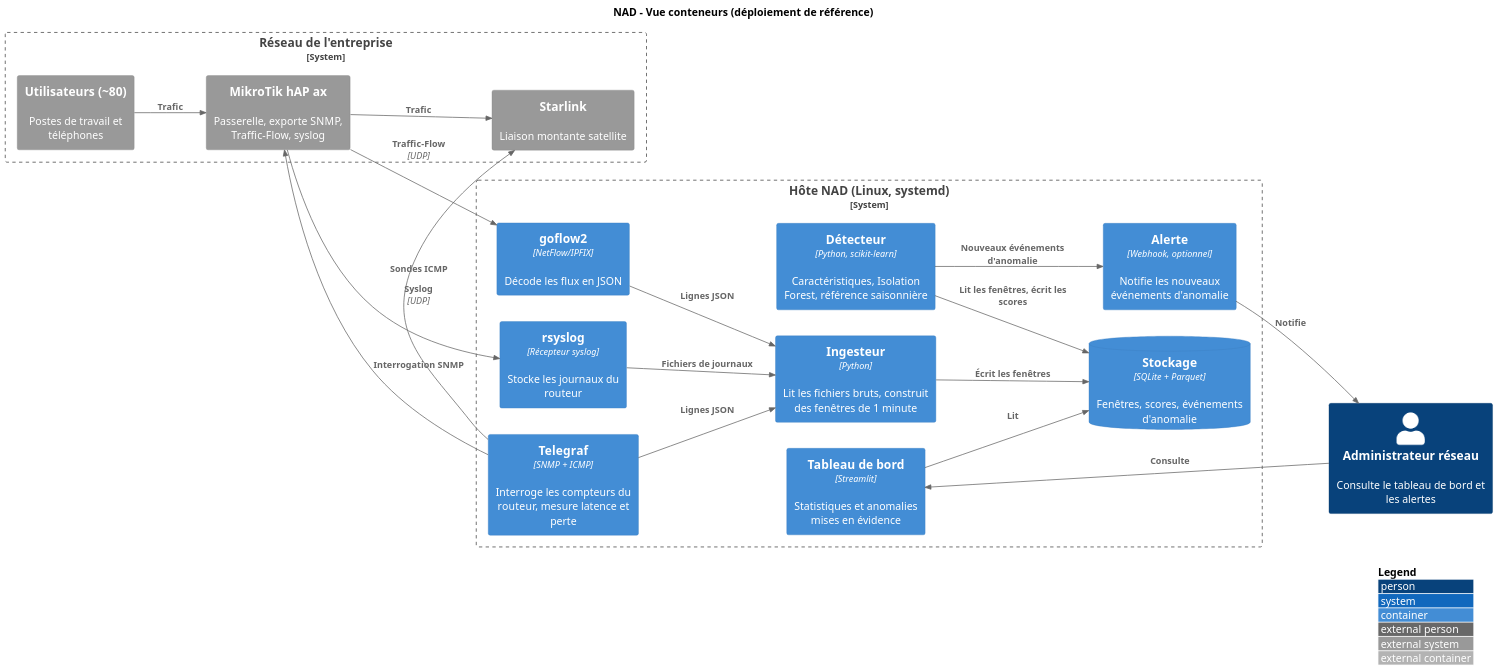
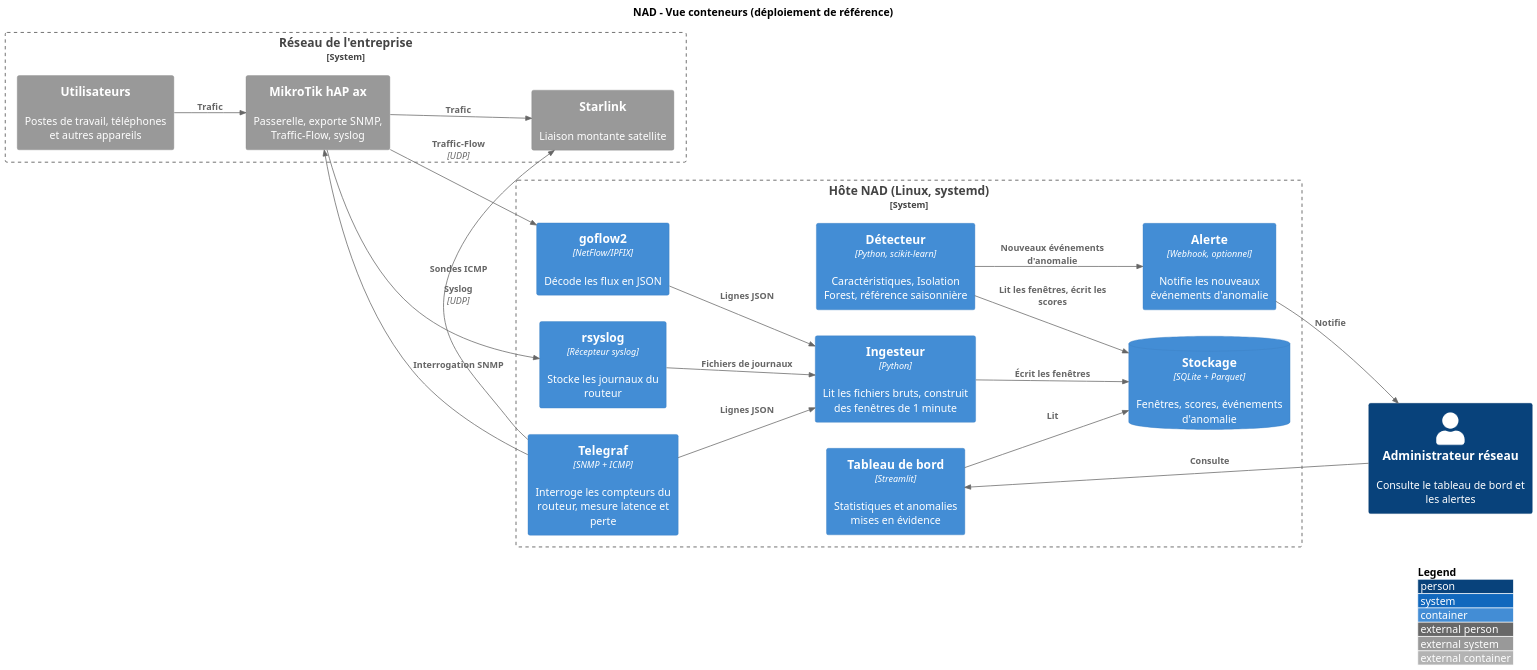
Before and after one commit to RStephanH/NAD: the diagram in docs/diagrams/nad-containers.fr.puml, drawn with PlantUML. The commit also changed 7 other files, not shown here.

```diff
--- a/docs/diagrams/nad-containers.fr.puml
+++ b/docs/diagrams/nad-containers.fr.puml
@@ -1,46 +1,46 @@
 @startuml nad-containers-fr
 !include <C4/C4_Container>
 LAYOUT_LEFT_RIGHT()
 LAYOUT_WITH_LEGEND()
 skinparam dpi 150
 
 title NAD - Vue conteneurs (déploiement de référence)
 
 Person(admin, "Administrateur réseau", "Consulte le tableau de bord et les alertes")
 
 System_Boundary(site, "Réseau de l'entreprise") {
-  System_Ext(users, "Utilisateurs (~80)", "Postes de travail et téléphones")
+  System_Ext(users, "Utilisateurs", "Postes de travail, téléphones et autres appareils")
   System_Ext(gateway, "MikroTik hAP ax", "Passerelle, exporte SNMP, Traffic-Flow, syslog")
   System_Ext(uplink, "Starlink", "Liaison montante satellite")
 }
 
 System_Boundary(nad, "Hôte NAD (Linux, systemd)") {
   Container(telegraf, "Telegraf", "SNMP + ICMP", "Interroge les compteurs du routeur, mesure latence et perte")
   Container(goflow, "goflow2", "NetFlow/IPFIX", "Décode les flux en JSON")
   Container(rsyslog, "rsyslog", "Récepteur syslog", "Stocke les journaux du routeur")
   Container(ingest, "Ingesteur", "Python", "Lit les fichiers bruts, construit des fenêtres de 1 minute")
   ContainerDb(store, "Stockage", "SQLite + Parquet", "Fenêtres, scores, événements d'anomalie")
   Container(detector, "Détecteur", "Python, scikit-learn", "Caractéristiques, Isolation Forest, référence saisonnière")
   Container(dashboard, "Tableau de bord", "Streamlit", "Statistiques et anomalies mises en évidence")
   Container(alerts, "Alerte", "Webhook, optionnel", "Notifie les nouveaux événements d'anomalie")
 }
 
 Rel(users, gateway, "Trafic")
 Rel(gateway, uplink, "Trafic")
 
 Rel(telegraf, gateway, "Interrogation SNMP")
 Rel(telegraf, uplink, "Sondes ICMP")
 Rel(gateway, goflow, "Traffic-Flow", "UDP")
 Rel(gateway, rsyslog, "Syslog", "UDP")
 
 Rel(telegraf, ingest, "Lignes JSON")
 Rel(goflow, ingest, "Lignes JSON")
 Rel(rsyslog, ingest, "Fichiers de journaux")
 Rel(ingest, store, "Écrit les fenêtres")
 Rel(detector, store, "Lit les fenêtres, écrit les scores")
 Rel(dashboard, store, "Lit")
 Rel(detector, alerts, "Nouveaux événements d'anomalie")
 
 Rel(admin, dashboard, "Consulte")
 Rel(alerts, admin, "Notifie")
 @enduml
```
